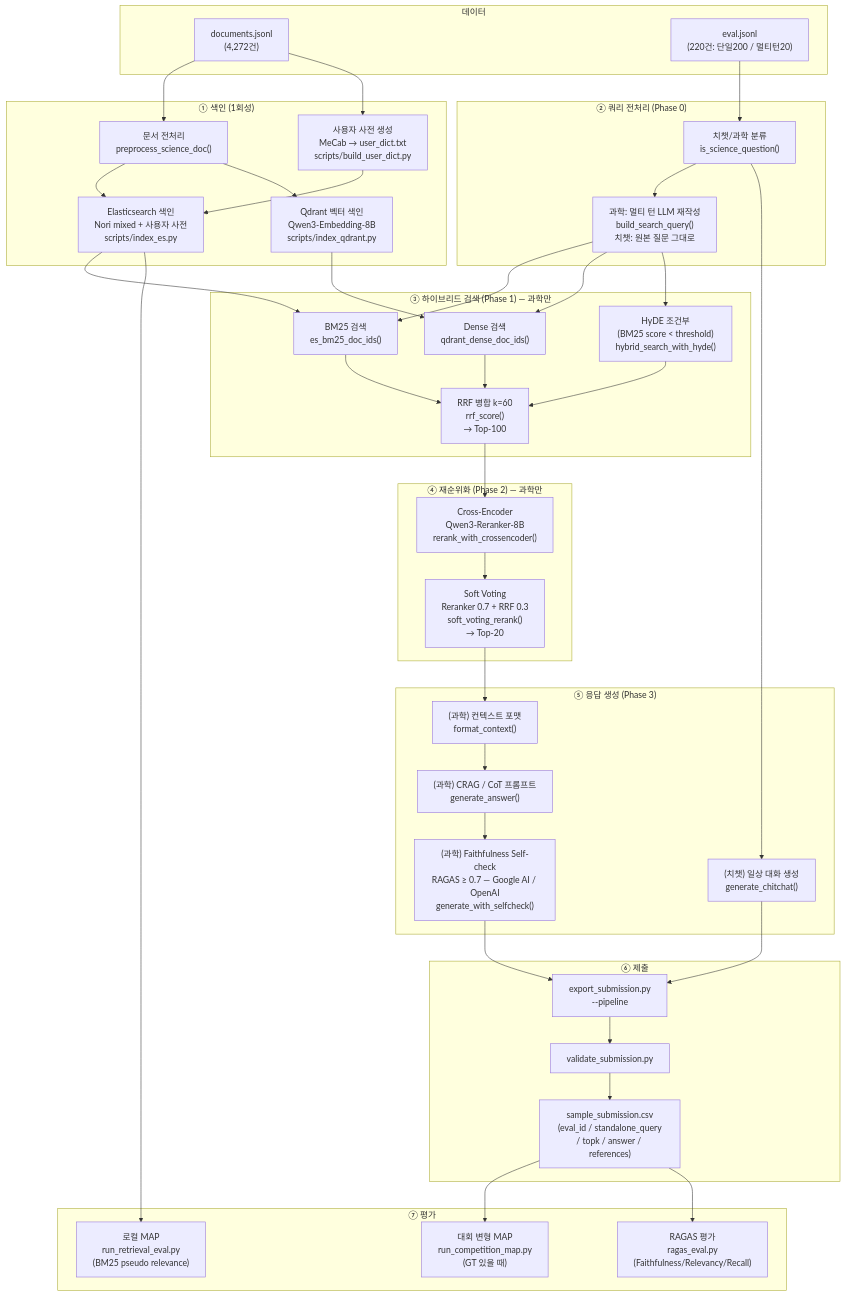
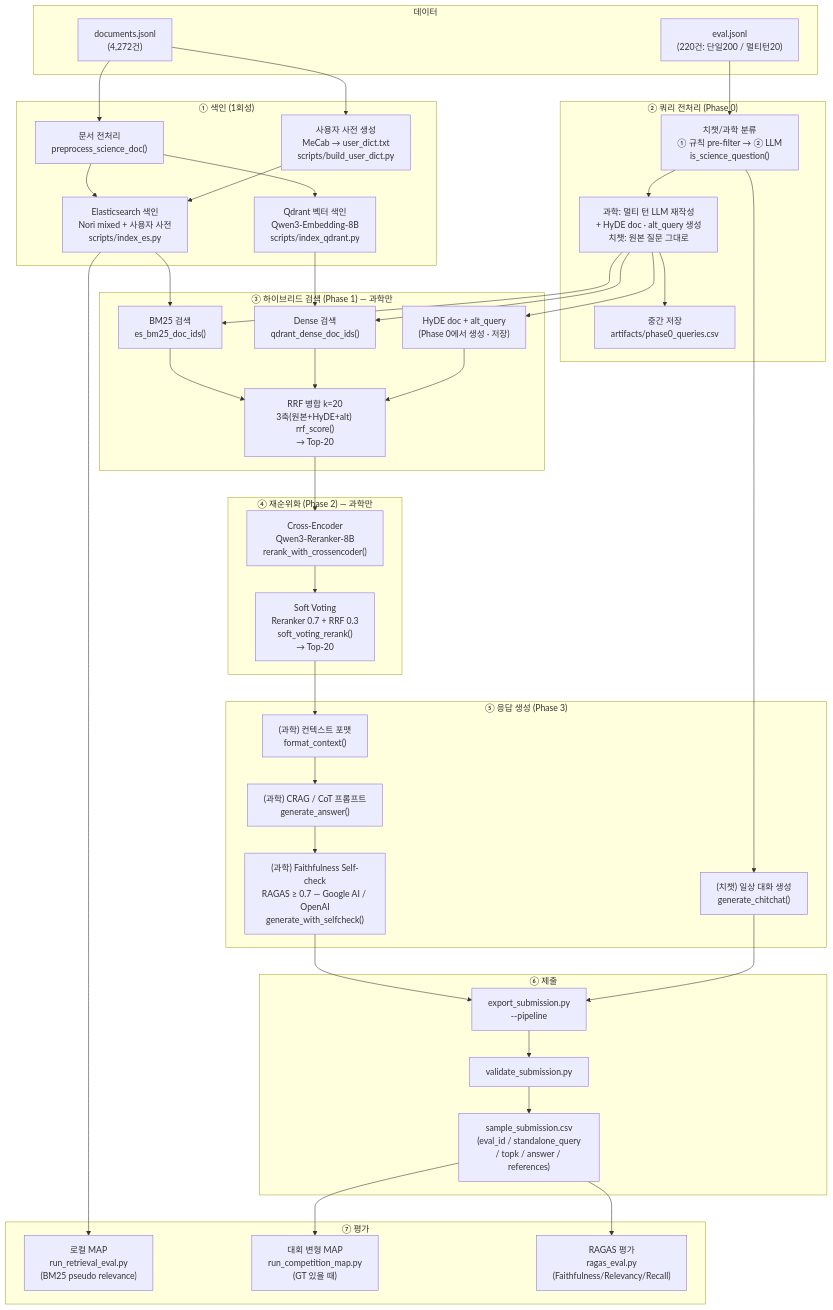
The first of 2 diagrams in docs/OPERATION.md (WanYoung-Oh/IR_PJT), drawn with Mermaid before and after one commit. The commit also changed other lines of this file and 12 other files, not shown here.

````diff
--- a/docs/OPERATION.md
+++ b/docs/OPERATION.md
@@ -9,64 +9,65 @@
 ```mermaid
 flowchart TD
     subgraph data ["데이터"]
       D1["documents.jsonl<br>(4,272건)"]
         D2["eval.jsonl<br>(220건: 단일200 / 멀티턴20)"]
     end
 
     subgraph index ["① 색인 (1회성)"]
         PRE["문서 전처리<br>preprocess_science_doc()"]
         IDX_ES["Elasticsearch 색인<br>Nori mixed + 사용자 사전<br>scripts/index_es.py"]
         IDX_QD["Qdrant 벡터 색인<br>Qwen3-Embedding-8B<br>scripts/index_qdrant.py"]
         DICT["사용자 사전 생성<br>MeCab → user_dict.txt<br>scripts/build_user_dict.py"]
     end
 
     subgraph query ["② 쿼리 전처리 (Phase 0)"]
-        CLASS["치챗/과학 분류<br>is_science_question()"]
-        QP["과학: 멀티 턴 LLM 재작성<br>build_search_query()<br>치챗: 원본 질문 그대로"]
+        CLASS["치챗/과학 분류<br>① 규칙 pre-filter → ② LLM<br>is_science_question()"]
+        QP["과학: 멀티 턴 LLM 재작성<br>+ HyDE doc · alt_query 생성<br>치챗: 원본 질문 그대로"]
+        P0SAVE["중간 저장<br>artifacts/phase0_queries.csv"]
     end
 
     subgraph retrieval ["③ 하이브리드 검색 (Phase 1) — 과학만"]
         BM25["BM25 검색<br>es_bm25_doc_ids()"]
         DENSE["Dense 검색<br>qdrant_dense_doc_ids()"]
-        HYDE["HyDE 조건부<br>(BM25 score < threshold)<br>hybrid_search_with_hyde()"]
-        RRF["RRF 병합 k=60<br>rrf_score()<br>→ Top-100"]
+        HYDE["HyDE doc + alt_query<br>(Phase 0에서 생성 · 저장)"]
+        RRF["RRF 병합 k=20<br>3축(원본+HyDE+alt) rrf_score()<br>→ Top-20"]
     end
 
     subgraph rerank ["④ 재순위화 (Phase 2) — 과학만"]
         RERANKER["Cross-Encoder<br>Qwen3-Reranker-8B<br>rerank_with_crossencoder()"]
         VOTE["Soft Voting<br>Reranker 0.7 + RRF 0.3<br>soft_voting_rerank()<br>→ Top-20"]
     end
 
     subgraph gen ["⑤ 응답 생성 (Phase 3)"]
         CTX["(과학) 컨텍스트 포맷<br>format_context()"]
         LLM["(과학) CRAG / CoT 프롬프트<br>generate_answer()"]
         CHECK["(과학) Faithfulness Self-check<br>RAGAS ≥ 0.7 — Google AI / OpenAI<br>generate_with_selfcheck()"]
         CHAT["(치챗) 일상 대화 생성<br>generate_chitchat()"]
     end
 
     subgraph output ["⑥ 제출"]
         SUB["export_submission.py<br>--pipeline"]
         VAL["validate_submission.py"]
         CSV["sample_submission.csv<br>(eval_id / standalone_query<br>/ topk / answer / references)"]
     end
 
     subgraph eval ["⑦ 평가"]
         MAP_LOCAL["로컬 MAP<br>run_retrieval_eval.py<br>(BM25 pseudo relevance)"]
         MAP_COMP["대회 변형 MAP<br>run_competition_map.py<br>(GT 있을 때)"]
         RAGAS_E["RAGAS 평가<br>ragas_eval.py<br>(Faithfulness/Relevancy/Recall)"]
     end
 
     D1 --> PRE --> IDX_ES & IDX_QD
     D1 --> DICT --> IDX_ES
-    D2 --> CLASS --> QP
+    D2 --> CLASS --> QP --> P0SAVE
     QP --> BM25 & DENSE & HYDE
     IDX_ES --> BM25
     IDX_QD --> DENSE
     BM25 & DENSE & HYDE --> RRF
     RRF --> RERANKER --> VOTE
     VOTE --> CTX --> LLM --> CHECK
     CLASS --> CHAT
     CHECK & CHAT --> SUB --> VAL --> CSV
     CSV --> MAP_COMP & RAGAS_E
     IDX_ES --> MAP_LOCAL
 ```
````
